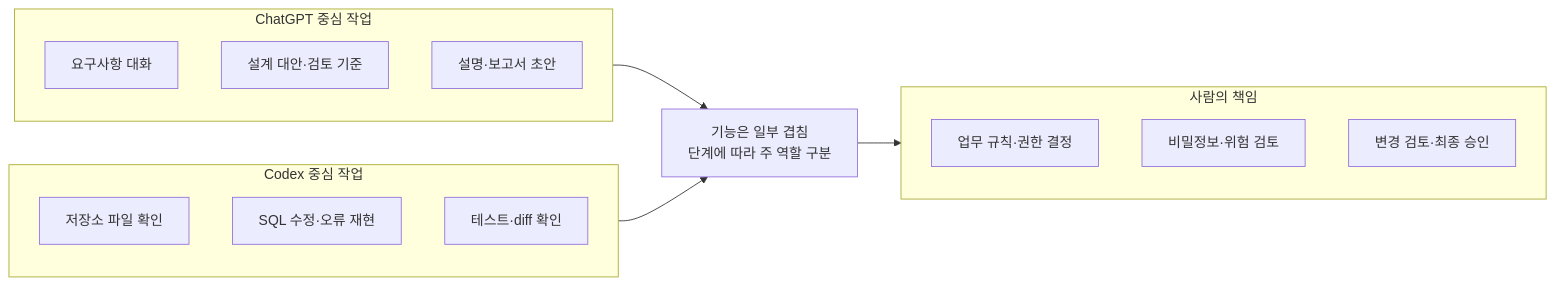
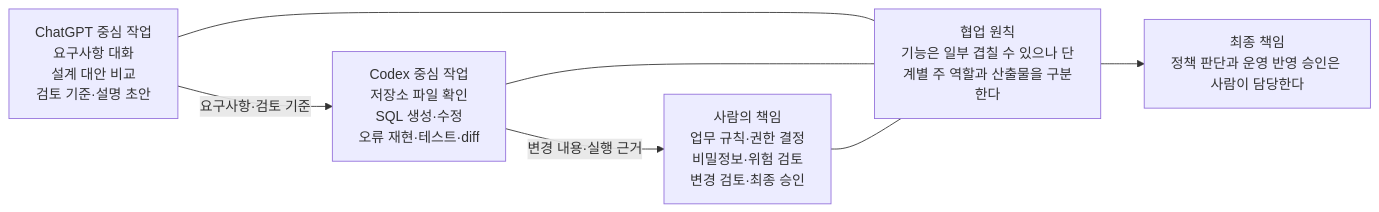
One commit to GilbertMoon/ai-database-book changed the diagram in images/chapter13/ch13_02_chatgpt_codex_roles.mmd. Above: the diagram before and after it, drawn with Mermaid.

Commit message:
Improve ChatGPT Codex human role flow diagram source

```diff
--- a/images/chapter13/ch13_02_chatgpt_codex_roles.mmd
+++ b/images/chapter13/ch13_02_chatgpt_codex_roles.mmd
@@ -1,19 +1,15 @@
 flowchart LR
-    subgraph A[ChatGPT 중심 작업]
-        A1[요구사항 대화]
-        A2[설계 대안·검토 기준]
-        A3[설명·보고서 초안]
-    end
-    subgraph B[Codex 중심 작업]
-        B1[저장소 파일 확인]
-        B2[SQL 수정·오류 재현]
-        B3[테스트·diff 확인]
-    end
-    subgraph C[사람의 책임]
-        C1[업무 규칙·권한 결정]
-        C2[비밀정보·위험 검토]
-        C3[변경 검토·최종 승인]
-    end
-    A --> D[기능은 일부 겹침<br/>단계에 따라 주 역할 구분]
-    B --> D
-    D --> C
+    A["ChatGPT 중심 작업<br/>요구사항 대화<br/>설계 대안 비교<br/>검토 기준·설명 초안"]
+    B["Codex 중심 작업<br/>저장소 파일 확인<br/>SQL 생성·수정<br/>오류 재현·테스트·diff"]
+    C["사람의 책임<br/>업무 규칙·권한 결정<br/>비밀정보·위험 검토<br/>변경 검토·최종 승인"]
+
+    A -->|요구사항·검토 기준| B
+    B -->|변경 내용·실행 근거| C
+
+    P["협업 원칙<br/>기능은 일부 겹칠 수 있으나 단계별 주 역할과 산출물을 구분한다"]
+    R["최종 책임<br/>정책 판단과 운영 반영 승인은 사람이 담당한다"]
+
+    A --- P
+    B --- P
+    C --- P
+    P --> R
```
